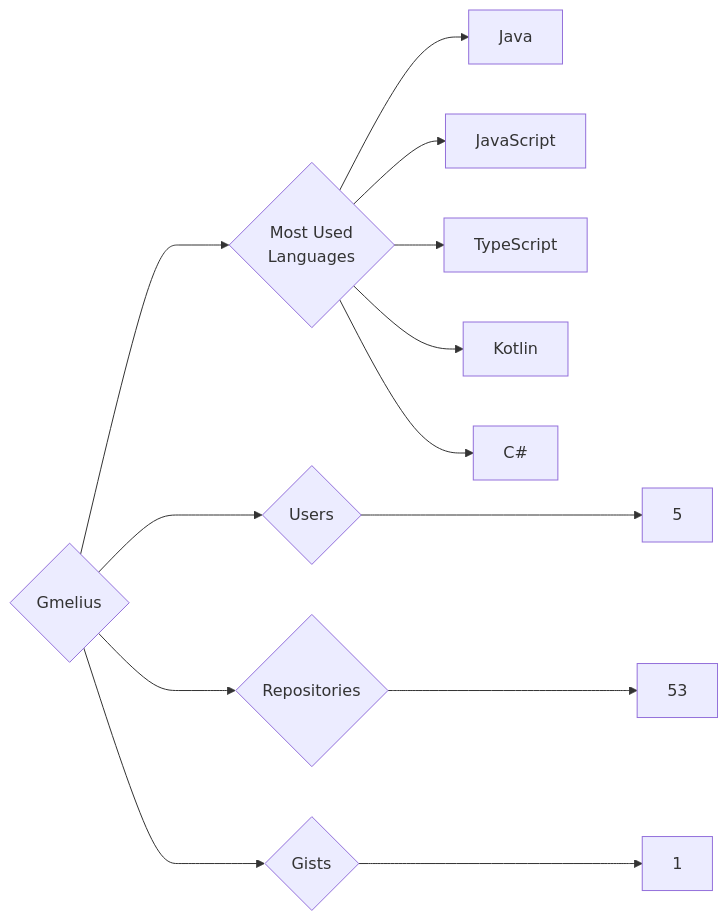
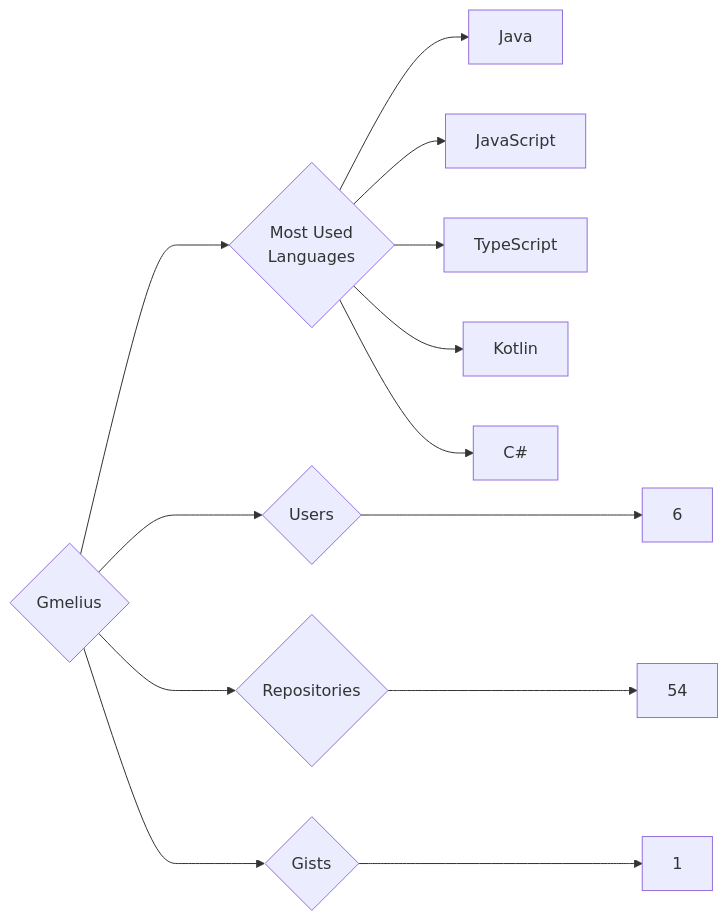
One commit to trickest/insiders changed the diagram in targets/Gmelius/README.md. Above: the diagram before and after it, drawn with Mermaid. The commit also changed 681 other files, not shown here.

````diff
--- a/targets/Gmelius/README.md
+++ b/targets/Gmelius/README.md
@@ -3,13 +3,13 @@
 ```mermaid
 graph LR
 COMPANY_NAME{Gmelius}
-COMPANY_NAME ---> U{Users} ---> UN[5]
-COMPANY_NAME ---> R{Repositories} ---> RN[53]
+COMPANY_NAME ---> U{Users} ---> UN[6]
+COMPANY_NAME ---> R{Repositories} ---> RN[54]
 COMPANY_NAME ---> G{Gists} ---> GN[1]
 COMPANY_NAME ---> ML{Most Used<br>Languages}
 ML --> Java[Java]
 ML --> JavaScript[JavaScript]
 ML --> TypeScript[TypeScript]
 ML --> Kotlin[Kotlin]
 ML --> C#[C#]
 ```
````
